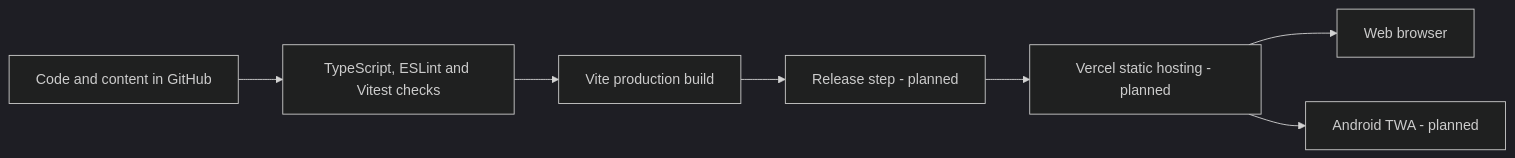
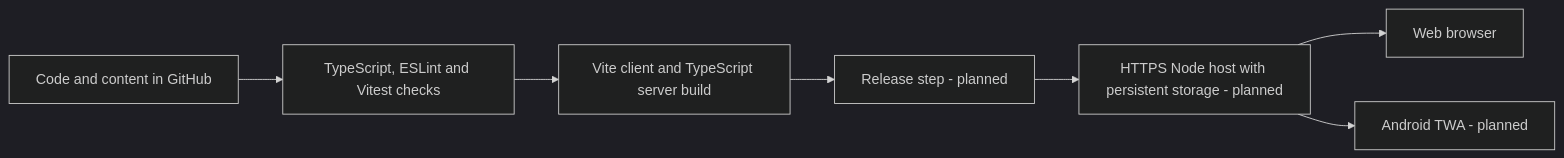
One commit to RamMarthi9/SQLFlashCards changed the second of 2 diagrams in docs/project-artifacts/hld.md. Above: the diagram before and after it, drawn with Mermaid (dark theme). The commit also changed other lines of this file and 31 other files, not shown here.

````diff
--- a/docs/project-artifacts/hld.md
+++ b/docs/project-artifacts/hld.md
@@ -92,9 +102,9 @@
 ```mermaid
 flowchart LR
     Source[Code and content in GitHub] --> Checks[TypeScript, ESLint and Vitest checks]
-    Checks --> Build[Vite production build]
+    Checks --> Build[Vite client and TypeScript server build]
     Build --> Release[Release step - planned]
-    Release --> Host[Vercel static hosting - planned]
+    Release --> Host[HTTPS Node host with persistent storage - planned]
     Host --> Browser[Web browser]
     Host --> Android[Android TWA - planned]
 ```
````
